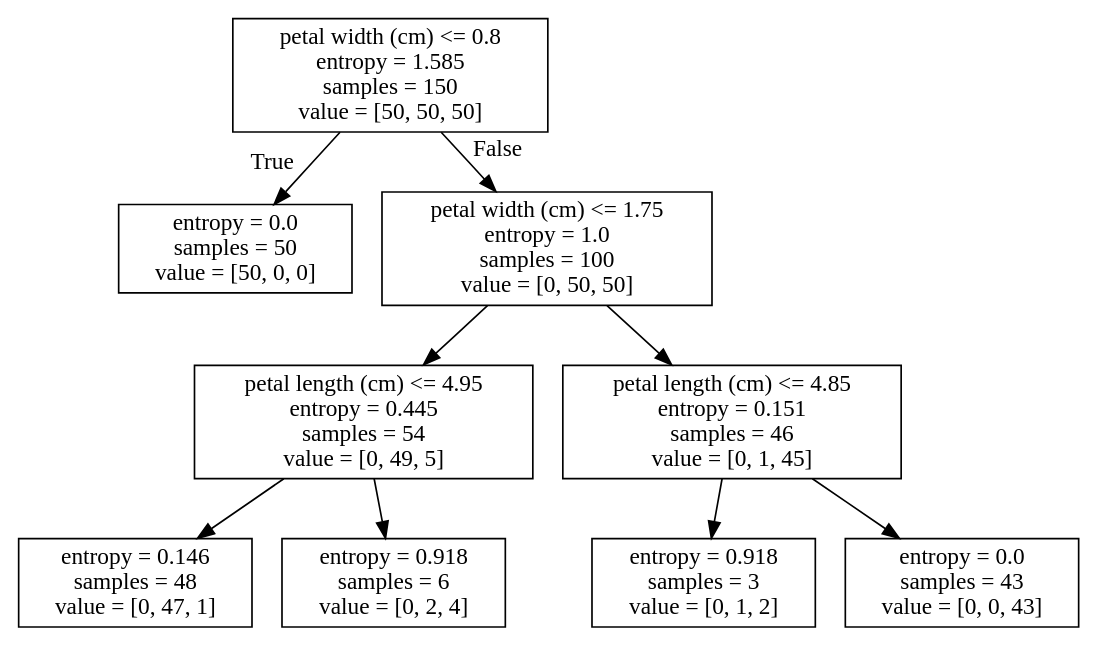
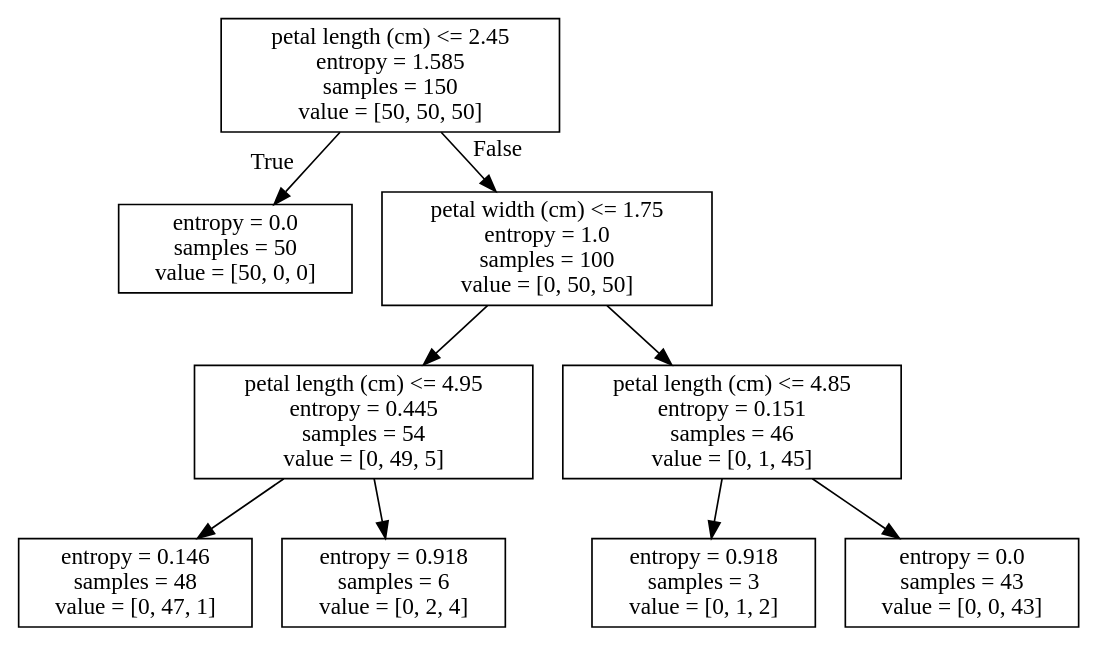
Before and after one commit to shinjangwoon/idu-practice: the diagram in 6장 실습/dec_tree_for_iris3.dot, drawn with Graphviz. The commit also changed 3 other files, not shown here.

```diff
--- a/6장 실습/dec_tree_for_iris3.dot
+++ b/6장 실습/dec_tree_for_iris3.dot
@@ -1,20 +1,20 @@
 digraph Tree {
 node [shape=box] ;
-0 [label="petal width (cm) <= 0.8\nentropy = 1.585\nsamples = 150\nvalue = [50, 50, 50]"] ;
+0 [label="petal length (cm) <= 2.45\nentropy = 1.585\nsamples = 150\nvalue = [50, 50, 50]"] ;
 1 [label="entropy = 0.0\nsamples = 50\nvalue = [50, 0, 0]"] ;
 0 -> 1 [labeldistance=2.5, labelangle=45, headlabel="True"] ;
 2 [label="petal width (cm) <= 1.75\nentropy = 1.0\nsamples = 100\nvalue = [0, 50, 50]"] ;
 0 -> 2 [labeldistance=2.5, labelangle=-45, headlabel="False"] ;
 3 [label="petal length (cm) <= 4.95\nentropy = 0.445\nsamples = 54\nvalue = [0, 49, 5]"] ;
 2 -> 3 ;
 4 [label="entropy = 0.146\nsamples = 48\nvalue = [0, 47, 1]"] ;
 3 -> 4 ;
 5 [label="entropy = 0.918\nsamples = 6\nvalue = [0, 2, 4]"] ;
 3 -> 5 ;
 6 [label="petal length (cm) <= 4.85\nentropy = 0.151\nsamples = 46\nvalue = [0, 1, 45]"] ;
 2 -> 6 ;
 7 [label="entropy = 0.918\nsamples = 3\nvalue = [0, 1, 2]"] ;
 6 -> 7 ;
 8 [label="entropy = 0.0\nsamples = 43\nvalue = [0, 0, 43]"] ;
 6 -> 8 ;
 }
```
